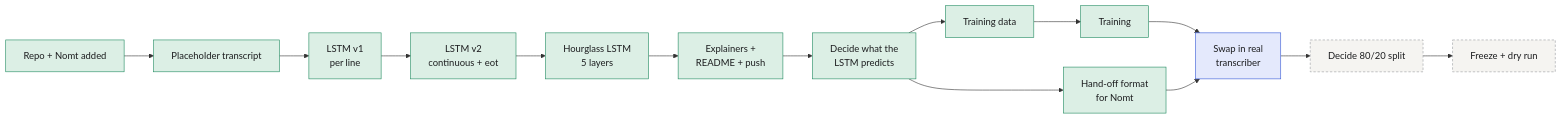
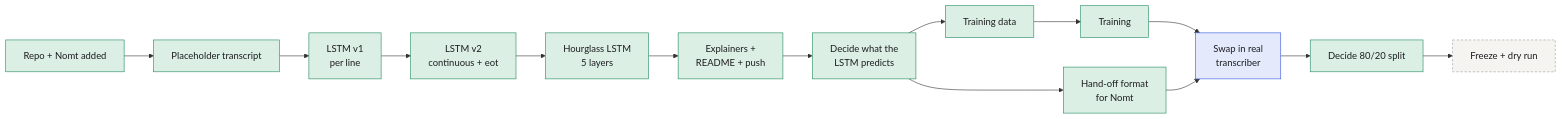
Before and after one commit to Asyxddiq/mlda-audio-workshop: the second of 4 diagrams in progress.md, drawn with Mermaid. The commit also changed other lines of this file and 1 other file, not shown here.

````diff
--- a/progress.md
+++ b/progress.md
@@ -41,20 +43,20 @@
 ```mermaid
 flowchart LR
     A["Repo + Nomt added"]:::done --> B["Placeholder transcript"]:::done
     B --> C["LSTM v1<br/>per line"]:::done
     C --> D["LSTM v2<br/>continuous + eot"]:::done
     D --> E["Hourglass LSTM<br/>5 layers"]:::done
     E --> F["Explainers +<br/>README + push"]:::done
     F --> G["Decide what the<br/>LSTM predicts"]:::done
     G --> H["Training data"]:::done
     H --> I["Training"]:::done
     G --> J["Hand-off format<br/>for Nomt"]:::done
     I --> K["Swap in real<br/>transcriber"]:::doing
     J --> K
-    K --> L["Decide 80/20 split"]:::todo
+    K --> L["Decide 80/20 split"]:::done
     L --> M["Freeze + dry run"]:::todo
 
     classDef done fill:#dcefe5,stroke:#1f8a5f,color:#1c1d1f
     classDef doing fill:#e4e9fc,stroke:#3457d5,color:#1c1d1f
     classDef todo fill:#f5f4f1,stroke:#9a9ca1,color:#1c1d1f,stroke-dasharray: 4 3
 ```
````
